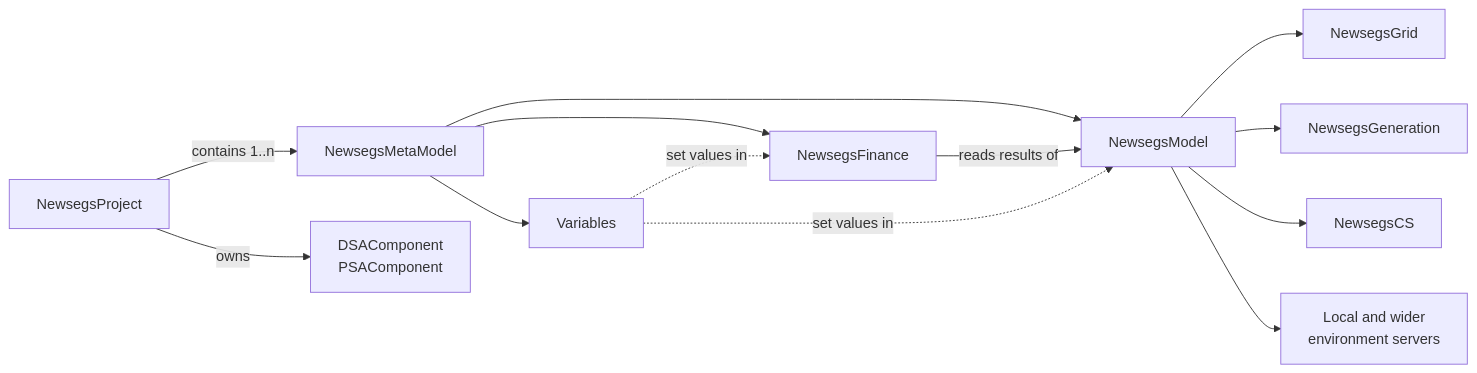
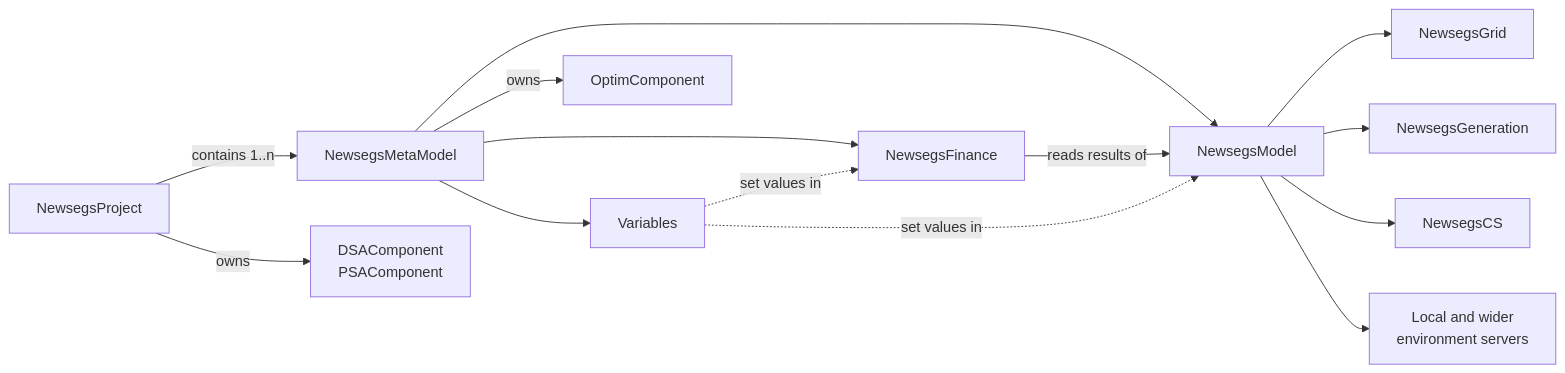
Before and after one commit to robyoung88/ca-wu-newsegs-model: the diagram in docs/framework/index.md, drawn with Mermaid. The commit also changed 2 other files, not shown here.

First paragraph of the commit message:
docs: 84 bring the database and architecture diagrams up to date (#163)
Closes #84

````diff
--- a/docs/framework/index.md
+++ b/docs/framework/index.md
@@ -6,15 +6,16 @@
 ```mermaid
 flowchart LR
     project["NewsegsProject"] -->|"contains 1..n"| metamodel["NewsegsMetaModel"]
     project -->|"owns"| sens["DSAComponent<br/>PSAComponent"]
     metamodel --> model["NewsegsModel"]
     metamodel --> finance["NewsegsFinance"]
     metamodel --> variables["Variables"]
+    metamodel -->|"owns"| optim["OptimComponent"]
     finance -->|"reads results of"| model
     model --> grid["NewsegsGrid"]
     model --> gen["NewsegsGeneration"]
     model --> cs["NewsegsCS"]
     model --> env["Local and wider<br/>environment servers"]
     variables -. "set values in" .-> model
     variables -. "set values in" .-> finance
 ```
````
